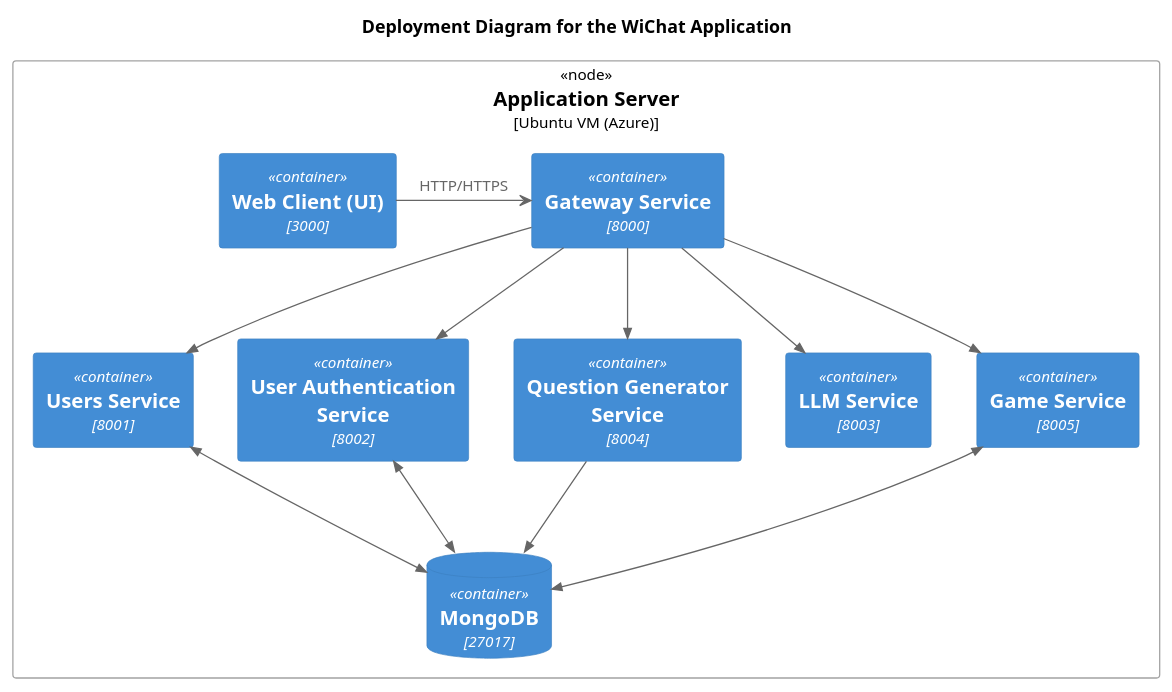
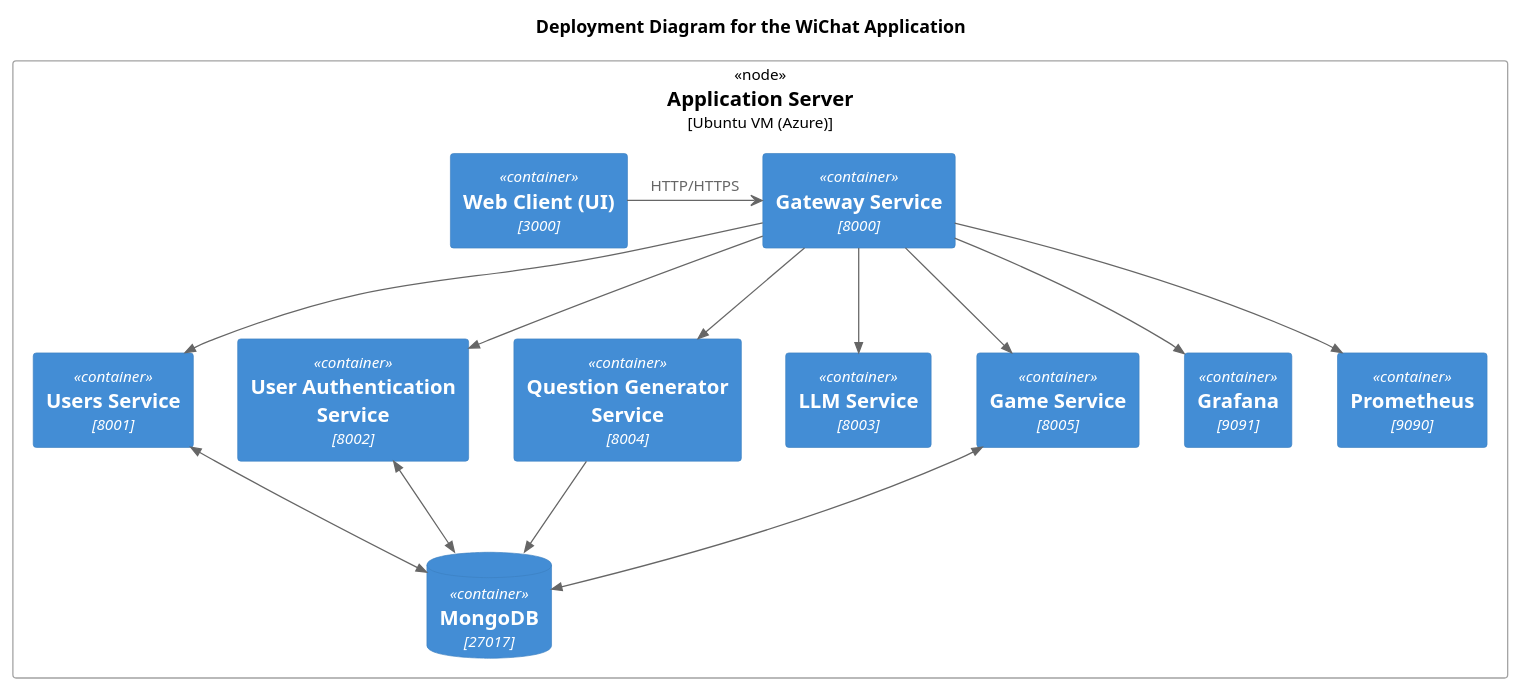
The diagram in docs/src/diagrams/C4_deployment_diagram.puml (Arquisoft/wichat_en1a), drawn with PlantUML before and after one commit. The commit also changed 1 other file, not shown here.

Commit message:
fix diagram and building block

```diff
--- a/docs/src/diagrams/C4_deployment_diagram.puml
+++ b/docs/src/diagrams/C4_deployment_diagram.puml
@@ -1,28 +1,32 @@
 @startuml C4_Deployment_Diagram
 !include https://raw.githubusercontent.com/plantuml-stdlib/C4-PlantUML/master/C4_Deployment.puml
 
 title Deployment Diagram for the WiChat Application
 
 Deployment_Node(serverNode, "Application Server", "Ubuntu VM (Azure)") {
     Container(client, "Web Client (UI)", 3000)
     Container(gateway, "Gateway Service", 8000)
     Container(users, "Users Service", 8001)
     Container(auth, "User Authentication Service", 8002)
     Container(qg, "Question Generator Service", 8004)
     Container(llm, "LLM Service", 8003)
     Container(game, "Game Service", 8005)
+    Container(grafana, "Grafana", 9091)
+    Container(prometheus, "Prometheus", 9090)
     ContainerDb(db, "MongoDB", 27017)
 }
 
 client -> gateway: HTTP/HTTPS
 Rel(gateway, auth, "")
 Rel(gateway, users, "")
 Rel(gateway, qg, "")
 Rel(gateway, llm, "")
 Rel(gateway, game, "")
+Rel(gateway, grafana, "")
+Rel(gateway, prometheus, "")
 BiRel(auth, db, "")
 BiRel(users, db, "")
 BiRel(game, db, "")
 Rel(qg, db, "")
 
 @enduml
```
